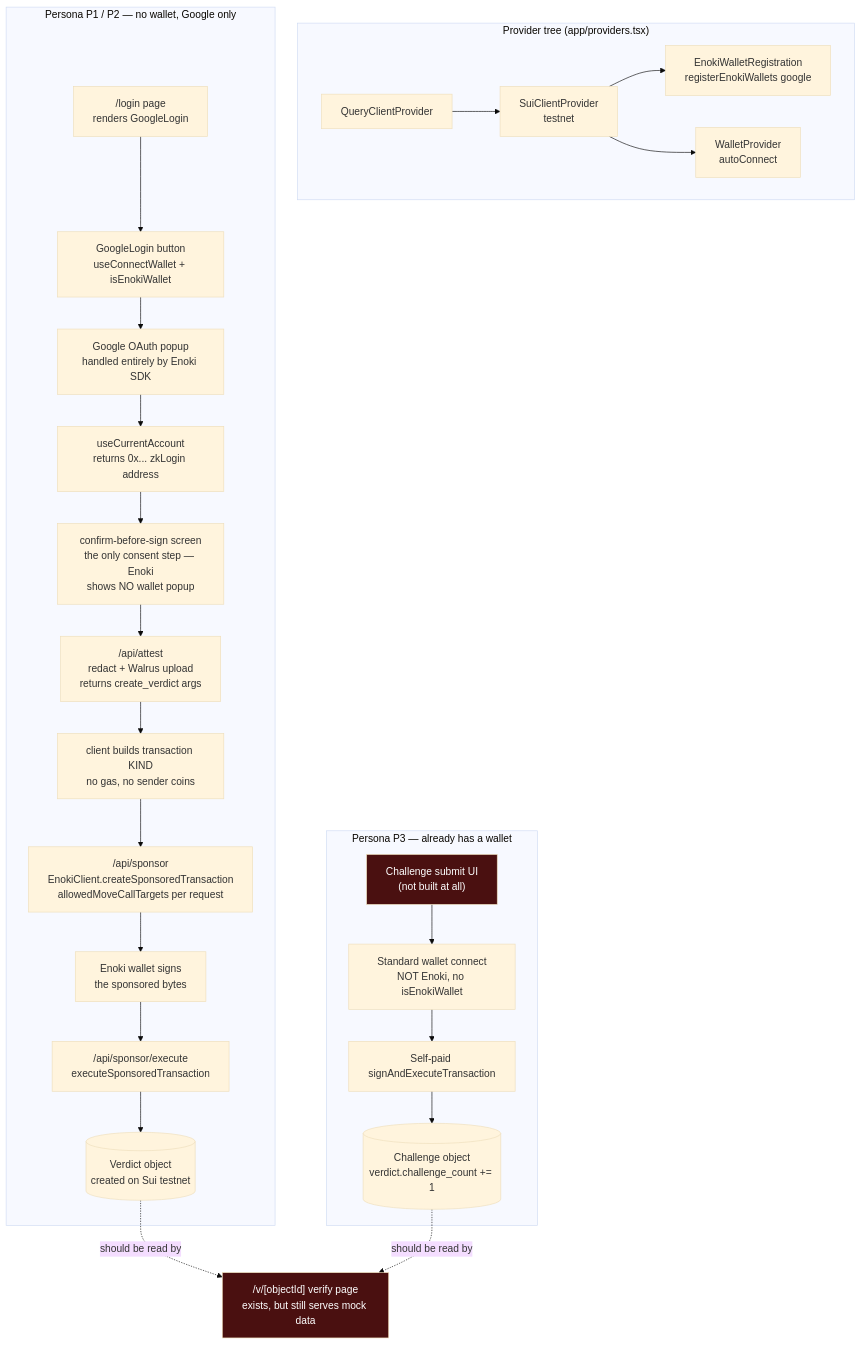
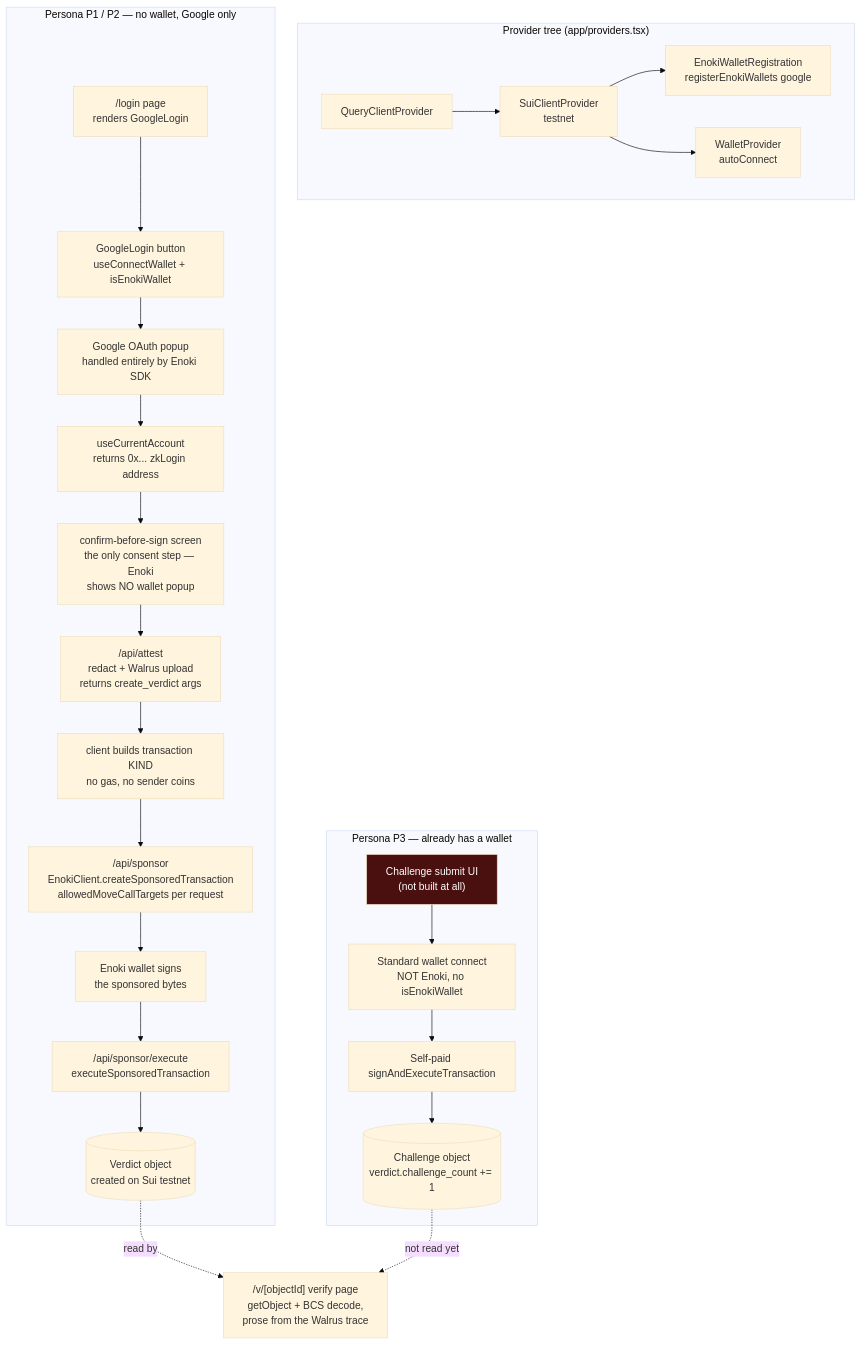
Before and after one commit to JaxzTan/Konfirm: the diagram in docs/wallet.md, drawn with Mermaid (base theme). The commit also changed other lines of this file and 1 other file, not shown here.

````diff
--- a/docs/wallet.md
+++ b/docs/wallet.md
@@ -31,33 +31,32 @@
 ```mermaid
 flowchart TD
     subgraph Providers["Provider tree (app/providers.tsx)"]
         QCP[QueryClientProvider] --> SCP[SuiClientProvider<br/>testnet]
         SCP --> REG[EnokiWalletRegistration<br/>registerEnokiWallets google]
         SCP --> WP[WalletProvider<br/>autoConnect]
     end
 
     subgraph P1P2["Persona P1 / P2 — no wallet, Google only"]
         LOGIN["/login page<br/>renders GoogleLogin"] --> CONNECT[GoogleLogin button<br/>useConnectWallet + isEnokiWallet]
         CONNECT --> OAUTH[Google OAuth popup<br/>handled entirely by Enoki SDK]
         OAUTH --> ACC[useCurrentAccount<br/>returns 0x... zkLogin address]
         ACC --> CONFIRM["confirm-before-sign screen<br/>the only consent step — Enoki<br/>shows NO wallet popup"]
         CONFIRM --> ATTEST["/api/attest<br/>redact + Walrus upload<br/>returns create_verdict args"]
         ATTEST --> KIND[client builds transaction KIND<br/>no gas, no sender coins]
         KIND --> SPONSOR["/api/sponsor<br/>EnokiClient.createSponsoredTransaction<br/>allowedMoveCallTargets per request"]
         SPONSOR --> SIGN[Enoki wallet signs<br/>the sponsored bytes]
         SIGN --> EXEC["/api/sponsor/execute<br/>executeSponsoredTransaction"]
         EXEC --> VERDICT[(Verdict object<br/>created on Sui testnet)]
     end
 
     subgraph P3flow["Persona P3 — already has a wallet"]
         P3CONNECT["Challenge submit UI<br/>(not built at all)"] --> P3WALLET[Standard wallet connect<br/>NOT Enoki, no isEnokiWallet]
         P3WALLET --> P3SIGN[Self-paid signAndExecuteTransaction]
         P3SIGN --> CHALLENGE[(Challenge object<br/>verdict.challenge_count += 1)]
     end
 
-    VERDICT -.->|should be read by| VERIFY["/v/[objectId] verify page<br/>exists, but still serves mock data"]
-    CHALLENGE -.->|should be read by| VERIFY
+    VERDICT -.->|read by| VERIFY["/v/[objectId] verify page<br/>getObject + BCS decode,<br/>prose from the Walrus trace"]
+    CHALLENGE -.->|not read yet| VERIFY
 
     style P3CONNECT fill:#4a1010,color:#fff
-    style VERIFY fill:#4a1010,color:#fff
 ```
````
